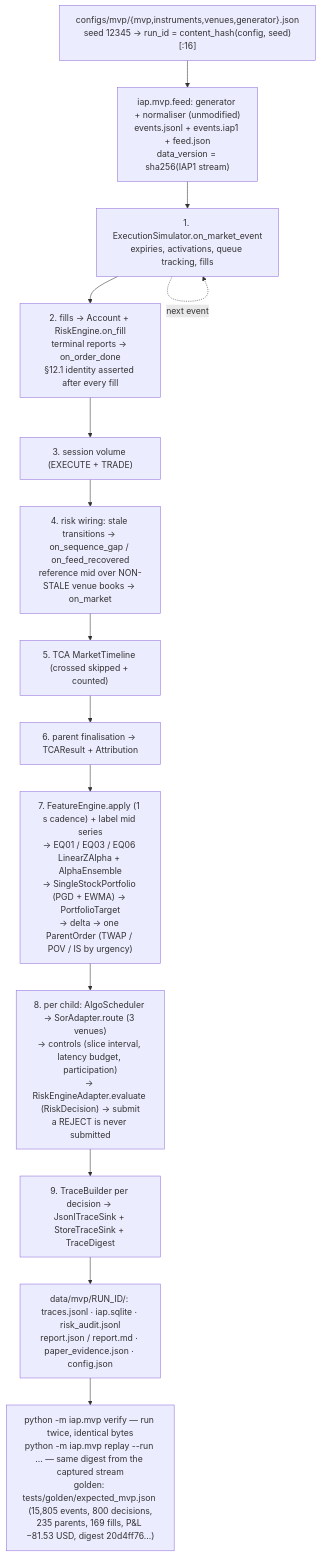
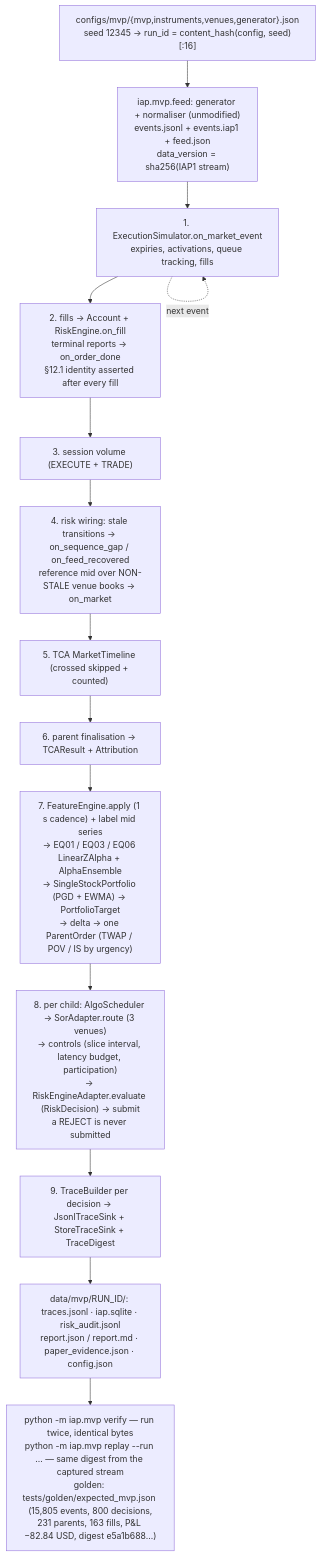
The diagram in docs/diagrams/mvp_loop.mmd (AshJha0/intraday-alpha-platform), drawn with Mermaid before and after one commit. The commit also changed 12 other files, not shown here.

```diff
--- a/docs/diagrams/mvp_loop.mmd
+++ b/docs/diagrams/mvp_loop.mmd
@@ -1,15 +1,15 @@
 flowchart TD
     %% python -m iap.mvp run — docs/MVP.md §3; per-event order of MvpEngine.on_event.
     CFG["configs/mvp/{mvp,instruments,venues,generator}.json<br/>seed 12345 → run_id = content_hash(config, seed)[:16]"] --> FEED["iap.mvp.feed: generator + normaliser (unmodified)<br/>events.jsonl + events.iap1 + feed.json<br/>data_version = sha256(IAP1 stream)"]
     FEED --> SIM["1. ExecutionSimulator.on_market_event<br/>expiries, activations, queue tracking, fills"]
     SIM --> ACC["2. fills → Account + RiskEngine.on_fill<br/>terminal reports → on_order_done<br/>§12.1 identity asserted after every fill"]
     ACC --> VOL["3. session volume (EXECUTE + TRADE)"]
     VOL --> MARK["4. risk wiring: stale transitions → on_sequence_gap / on_feed_recovered<br/>reference mid over NON-STALE venue books → on_market"]
     MARK --> TL["5. TCA MarketTimeline (crossed skipped + counted)"]
     TL --> FIN["6. parent finalisation → TCAResult + Attribution"]
     FIN --> FEAT["7. FeatureEngine.apply (1 s cadence) + label mid series<br/>→ EQ01 / EQ03 / EQ06 LinearZAlpha + AlphaEnsemble<br/>→ SingleStockPortfolio (PGD + EWMA) → PortfolioTarget<br/>→ delta → one ParentOrder (TWAP / POV / IS by urgency)"]
     FEAT --> CHILD["8. per child: AlgoScheduler → SorAdapter.route (3 venues)<br/>→ controls (slice interval, latency budget, participation)<br/>→ RiskEngineAdapter.evaluate (RiskDecision) → submit<br/>a REJECT is never submitted"]
     CHILD --> TRACE["9. TraceBuilder per decision → JsonlTraceSink + StoreTraceSink + TraceDigest"]
     TRACE --> OUT["data/mvp/RUN_ID/: traces.jsonl · iap.sqlite · risk_audit.jsonl<br/>report.json / report.md · paper_evidence.json · config.json"]
-    OUT --> VERIFY["python -m iap.mvp verify — run twice, identical bytes<br/>python -m iap.mvp replay --run … — same digest from the captured stream<br/>golden: tests/golden/expected_mvp.json (15,805 events, 800 decisions,<br/>235 parents, 169 fills, P&L −81.53 USD, digest 20d4ff76…)"]
+    OUT --> VERIFY["python -m iap.mvp verify — run twice, identical bytes<br/>python -m iap.mvp replay --run … — same digest from the captured stream<br/>golden: tests/golden/expected_mvp.json (15,805 events, 800 decisions,<br/>231 parents, 163 fills, P&L −82.84 USD, digest e5a1b688…)"]
     SIM -. "next event" .-> SIM
```
